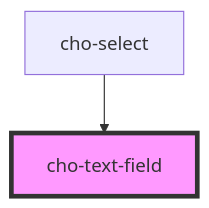
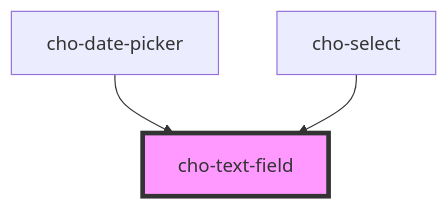
Before and after one commit to razvangeangu/cho-design-system: the diagram in packages/cho-components/src/components/inputs/text-field/readme.md, drawn with Mermaid. The commit also changed other lines of this file and 9 other files, not shown here.

````diff
--- a/packages/cho-components/src/components/inputs/text-field/readme.md
+++ b/packages/cho-components/src/components/inputs/text-field/readme.md
@@ -50,5 +51,6 @@
 ```mermaid
 graph TD;
+  cho-date-picker --> cho-text-field
   cho-select --> cho-text-field
   style cho-text-field fill:#f9f,stroke:#333,stroke-width:4px
 ```
````
